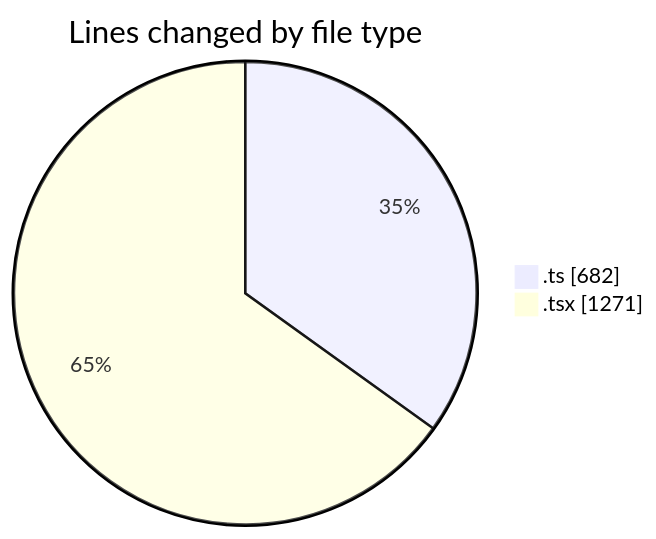
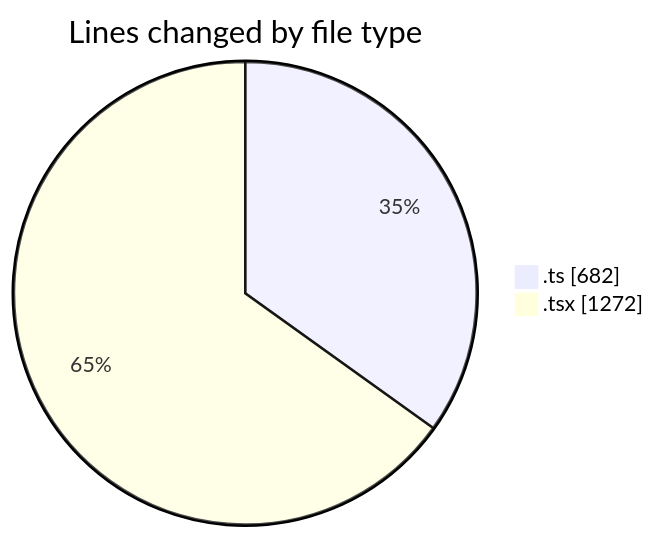
The first of 2 diagrams in 2026-03-23/nxtqube_webapp/README.md (nxtqubesakshisongat/code-tracking), drawn with Mermaid before and after one commit. The commit also changed other lines of this file and 1 other file, not shown here.

````diff
--- a/2026-03-23/nxtqube_webapp/README.md
+++ b/2026-03-23/nxtqube_webapp/README.md
@@ -23,6 +23,6 @@
 ```mermaid
 pie showData
 title Lines changed by file type
 ".ts" : 682
-".tsx" : 1271
+".tsx" : 1272
 ```
````
